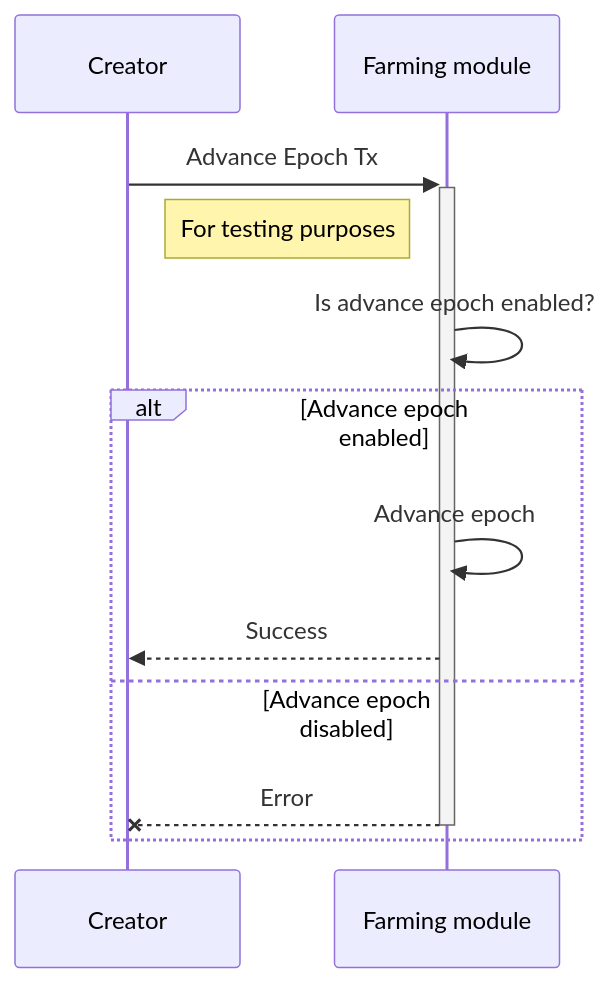
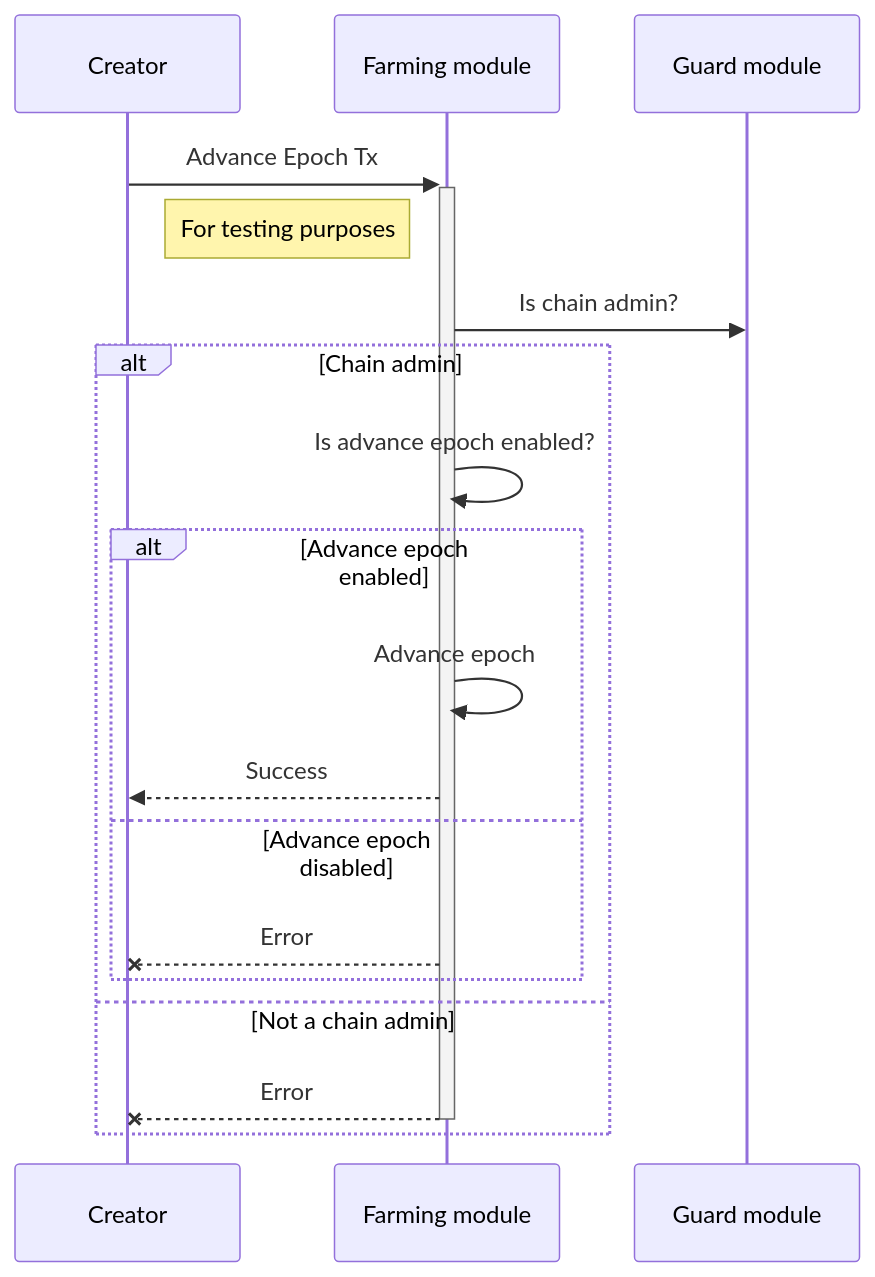
One commit to MANTRA-Chain/mantrachain changed the seventh of 7 diagrams in x/farming/spec/09_txs_flows.md. Above: the diagram before and after it, drawn with Mermaid. The commit also changed other lines of this file and 45 other files, not shown here.

````diff
--- a/x/farming/spec/09_txs_flows.md
+++ b/x/farming/spec/09_txs_flows.md
@@ -79,12 +97,17 @@
 ```mermaid
 sequenceDiagram
 Creator->>+Farming module: Advance Epoch Tx
 Note left of Farming module: For testing purposes
-Farming module->>Farming module: Is advance epoch enabled?
-alt Advance epoch enabled
-  Farming module->>Farming module: Advance epoch
-  Farming module-->>Creator: Success
-else Advance epoch disabled
+Farming module->>Guard module: Is chain admin?
+alt Chain admin
+  Farming module->>Farming module: Is advance epoch enabled?
+  alt Advance epoch enabled
+    Farming module->>Farming module: Advance epoch
+    Farming module-->>Creator: Success
+  else Advance epoch disabled
+    Farming module--xCreator: Error
+  end
+else Not a chain admin
   Farming module--x-Creator: Error
 end
 ```
````
